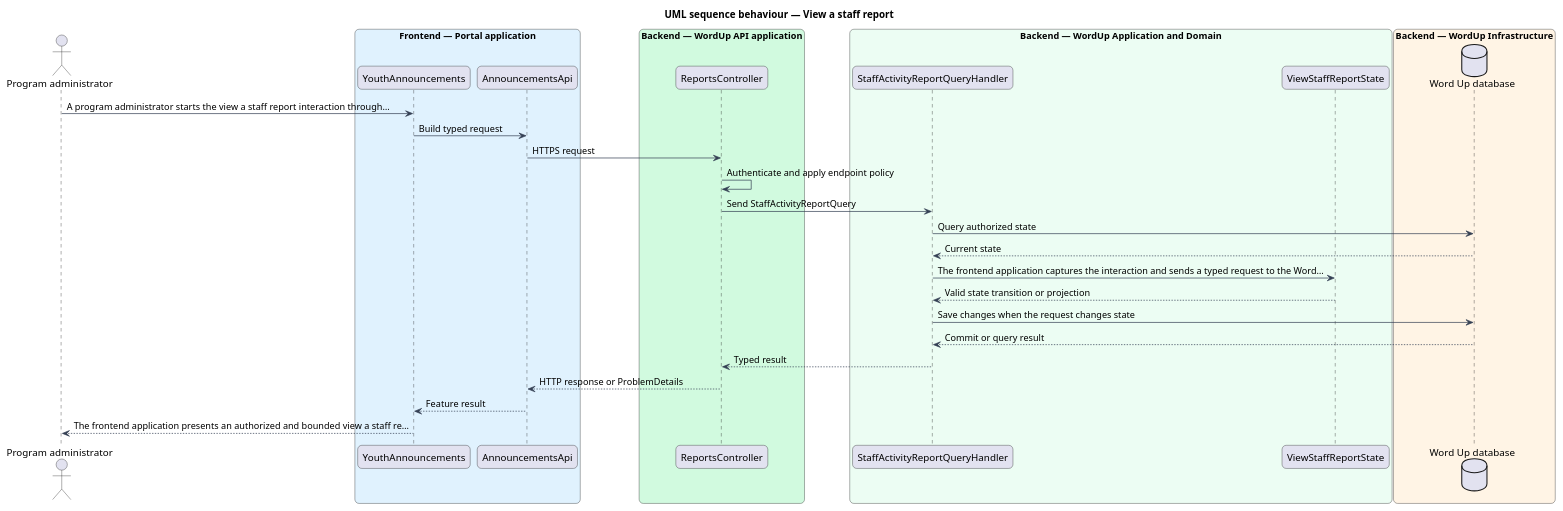
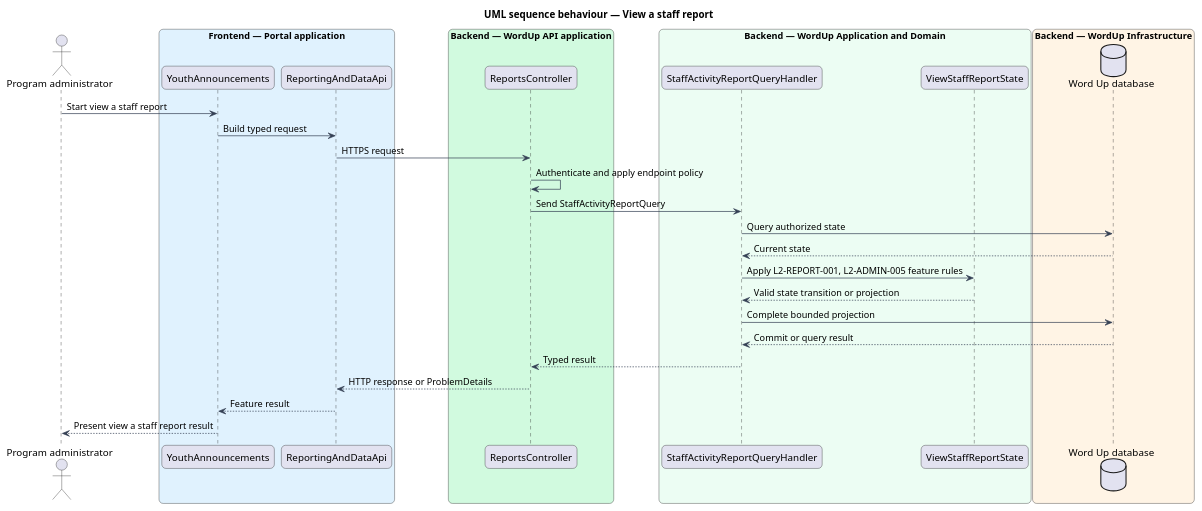
The diagram in docs/detailed-designs/reporting-and-data/view-staff-report/diagrams/sequence-behaviour.puml (QuinntyneBrown/waypoint), drawn with PlantUML before and after one commit. The commit also changed 1112 other files, not shown here.

```diff
--- a/docs/detailed-designs/reporting-and-data/view-staff-report/diagrams/sequence-behaviour.puml
+++ b/docs/detailed-designs/reporting-and-data/view-staff-report/diagrams/sequence-behaviour.puml
@@ -1,48 +1,48 @@
 @startuml
 
 title UML sequence behaviour — View a staff report
 skinparam backgroundColor #FFFFFF
 skinparam shadowing false
 skinparam roundcorner 12
 skinparam defaultFontName Arial
 skinparam ArrowColor #344054
 skinparam rectangle {
   BorderColor #344054
   FontColor #101828
 }
 skinparam package {
   BorderColor #667085
   FontColor #101828
   BackgroundColor #F9FAFB
 }
 actor "Program administrator" as actor
 box "Frontend — Portal application" #E0F2FE
   participant "YouthAnnouncements" as page
-  participant "AnnouncementsApi" as client
+  participant "ReportingAndDataApi" as client
 end box
 box "Backend — WordUp API application" #D1FADF
   participant "ReportsController" as controller
 end box
 box "Backend — WordUp Application and Domain" #ECFDF3
   participant "StaffActivityReportQueryHandler" as handler
   participant "ViewStaffReportState" as entity
 end box
 box "Backend — WordUp Infrastructure" #FFF4E5
   database "Word Up database" as db
 end box
-actor -> page : A program administrator starts the view a staff report interaction through…
+actor -> page : Start view a staff report
 page -> client : Build typed request
 client -> controller : HTTPS request
 controller -> controller : Authenticate and apply endpoint policy
 controller -> handler : Send StaffActivityReportQuery
 handler -> db : Query authorized state
 db --> handler : Current state
-handler -> entity : The frontend application captures the interaction and sends a typed request to the Word…
+handler -> entity : Apply L2-REPORT-001, L2-ADMIN-005 feature rules
 entity --> handler : Valid state transition or projection
-handler -> db : Save changes when the request changes state
+handler -> db : Complete bounded projection
 db --> handler : Commit or query result
 handler --> controller : Typed result
 controller --> client : HTTP response or ProblemDetails
 client --> page : Feature result
-page --> actor : The frontend application presents an authorized and bounded view a staff re…
+page --> actor : Present view a staff report result
 @enduml
```
